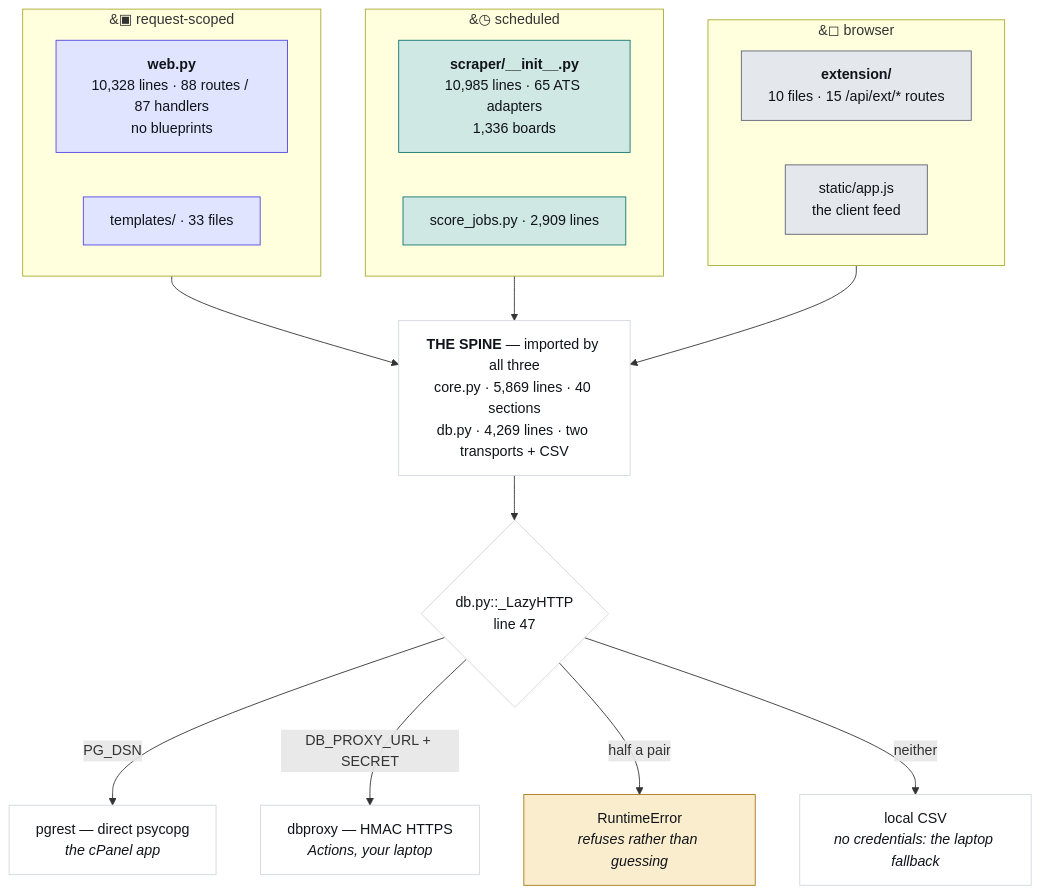
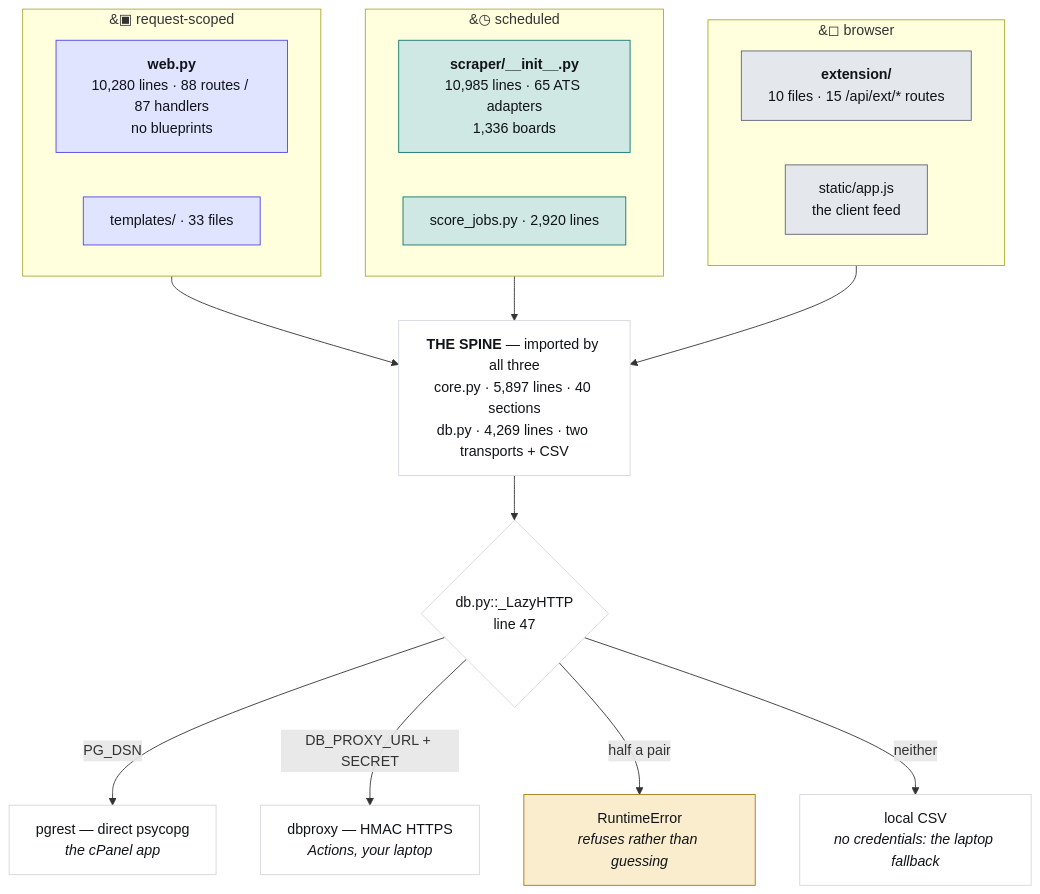
One commit to hadakunal909-debug/job-search-tool changed the first of 4 diagrams in JobMatch Scraper/docs/ARCHITECTURE.md. Above: the diagram before and after it, drawn with Mermaid. The commit also changed other lines of this file and 31 other files, not shown here.

````diff
--- a/JobMatch Scraper/docs/ARCHITECTURE.md
+++ b/JobMatch Scraper/docs/ARCHITECTURE.md
@@ -48,34 +48,34 @@
 ```mermaid
 flowchart TB
   subgraph REQ["&#9635; request-scoped"]
-    W["<b>web.py</b><br/>10,328 lines · 88 routes / 87 handlers<br/>no blueprints"]
+    W["<b>web.py</b><br/>10,280 lines · 88 routes / 87 handlers<br/>no blueprints"]
     T["templates/ · 33 files"]
   end
   subgraph SCH["&#9719; scheduled"]
     S["<b>scraper/__init__.py</b><br/>10,985 lines · 65 ATS adapters<br/>1,336 boards"]
-    J["score_jobs.py · 2,909 lines"]
+    J["score_jobs.py · 2,920 lines"]
   end
   subgraph CLI["&#9723; browser"]
     E["<b>extension/</b><br/>10 files · 15 /api/ext/* routes"]
     A["static/app.js<br/>the client feed"]
   end
-  SPINE["<b>THE SPINE</b> — imported by all three<br/>core.py · 5,869 lines · 40 sections<br/>db.py · 4,269 lines · two transports + CSV"]
+  SPINE["<b>THE SPINE</b> — imported by all three<br/>core.py · 5,897 lines · 40 sections<br/>db.py · 4,269 lines · two transports + CSV"]
   REQ --> SPINE
   SCH --> SPINE
   CLI --> SPINE
   SPINE --> D{"db.py::_LazyHTTP<br/>line 47"}
   D -->|"PG_DSN"| P["pgrest — direct psycopg<br/><i>the cPanel app</i>"]
   D -->|"DB_PROXY_URL + SECRET"| X["dbproxy — HMAC HTTPS<br/><i>Actions, your laptop</i>"]
   D -->|"half a pair"| R["RuntimeError<br/><i>refuses rather than guessing</i>"]
   D -->|"neither"| V["local CSV<br/><i>no credentials: the laptop fallback</i>"]
   classDef web fill:#e0e4fe,stroke:#4f46e5,color:#101319
   classDef sched fill:#cfe8e3,stroke:#0f766e,color:#101319
   classDef client fill:#e4e7ec,stroke:#5f6573,color:#101319
   classDef trap fill:#f9edcd,stroke:#a8781a,color:#101319
   classDef plain fill:#ffffff,stroke:#d3d7df,color:#101319
   class W,T web
   class S,J sched
   class E,A client
   class R trap
   class SPINE,D,P,X,V plain
 ```
````
